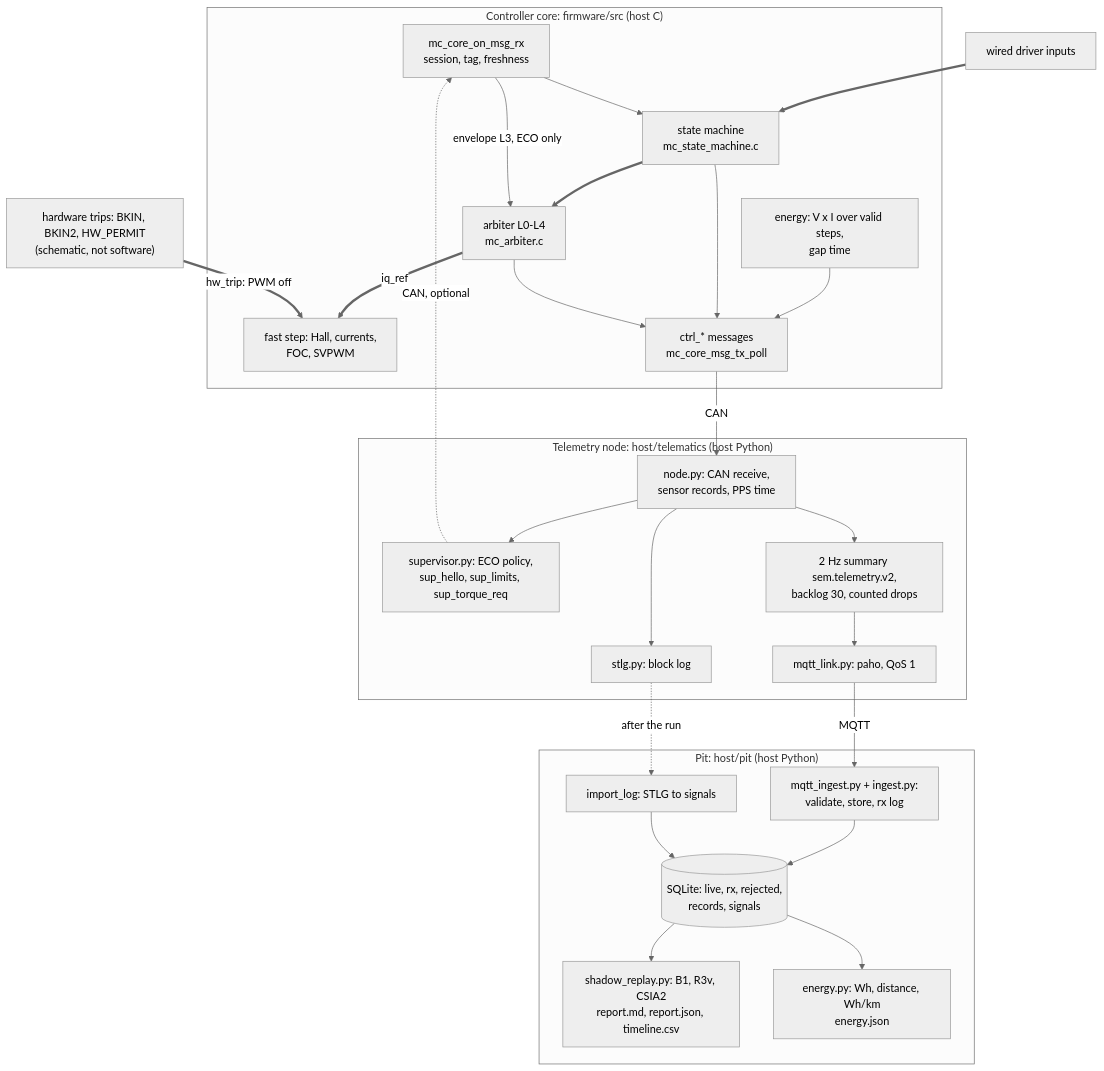
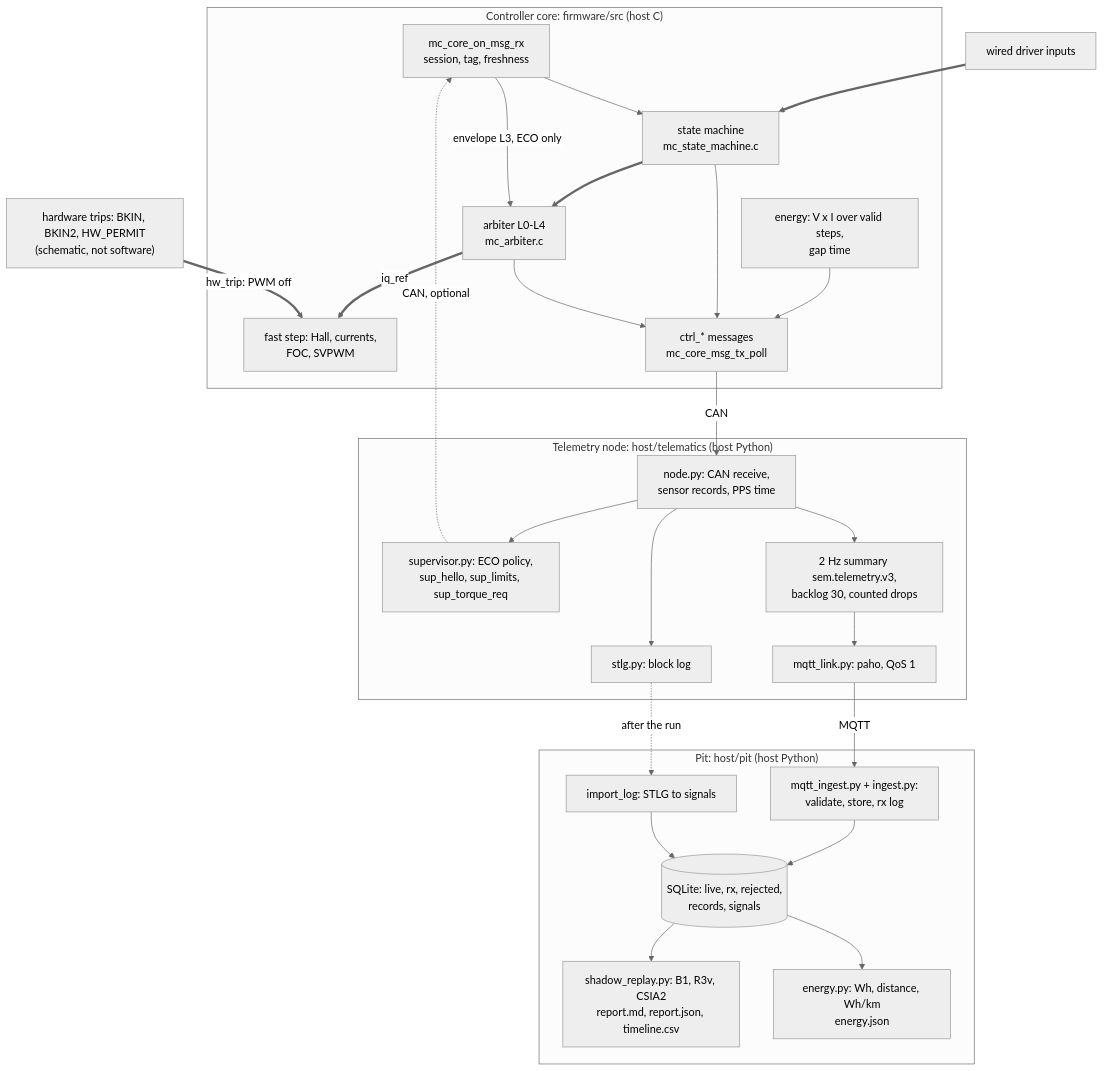
Before and after one commit to SWORT-Aerospace/sem-motor-controller: the third of 3 diagrams in README.md, drawn with Mermaid (neutral theme). The commit also changed other lines of this file and 18 other files, not shown here.

````diff
--- a/README.md
+++ b/README.md
@@ -130,43 +130,43 @@
 ```mermaid
 flowchart TB
   subgraph CTRL["Controller core: firmware/src (host C)"]
     RX["mc_core_on_msg_rx<br/>session, tag, freshness"]
     SM["state machine<br/>mc_state_machine.c"]
     ARB["arbiter L0-L4<br/>mc_arbiter.c"]
     FOC["fast step: Hall, currents,<br/>FOC, SVPWM"]
     EN["energy: V x I over valid steps,<br/>gap time"]
     TX["ctrl_* messages<br/>mc_core_msg_tx_poll"]
   end
   HWT["hardware trips: BKIN, BKIN2, HW_PERMIT<br/>(schematic, not software)"]
   subgraph TELE["Telemetry node: host/telematics (host Python)"]
     NODE["node.py: CAN receive,<br/>sensor records, PPS time"]
     STLG["stlg.py: block log"]
     SUP["supervisor.py: ECO policy,<br/>sup_hello, sup_limits, sup_torque_req"]
-    UP["2 Hz summary sem.telemetry.v2,<br/>backlog 30, counted drops"]
+    UP["2 Hz summary sem.telemetry.v3,<br/>backlog 30, counted drops"]
     ML["mqtt_link.py: paho, QoS 1"]
   end
   subgraph PITF["Pit: host/pit (host Python)"]
     ING["mqtt_ingest.py + ingest.py:<br/>validate, store, rx log"]
     DB[("SQLite: live, rx, rejected,<br/>records, signals")]
     IMP["import_log: STLG to signals"]
     REP["shadow_replay.py: B1, R3v, CSIA2<br/>report.md, report.json, timeline.csv"]
     ENE["energy.py: Wh, distance, Wh/km<br/>energy.json"]
   end
   DRVIN["wired driver inputs"] ==> SM
   RX --> SM
   SM ==> ARB
   RX -->|"envelope L3, ECO only"| ARB
   ARB ==>|"iq_ref"| FOC
   HWT ==>|"hw_trip: PWM off"| FOC
   EN --> TX
   SM --> TX
   ARB --> TX
   TX -->|"CAN"| NODE
   NODE --> STLG
   NODE --> SUP
   SUP -.->|"CAN, optional"| RX
   NODE --> UP --> ML -->|"MQTT"| ING --> DB
   STLG -.->|"after the run"| IMP --> DB
   DB --> REP
   DB --> ENE
 ```
````
